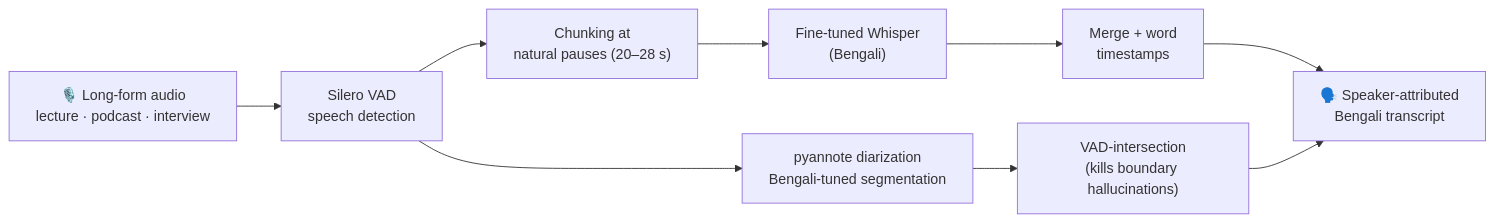
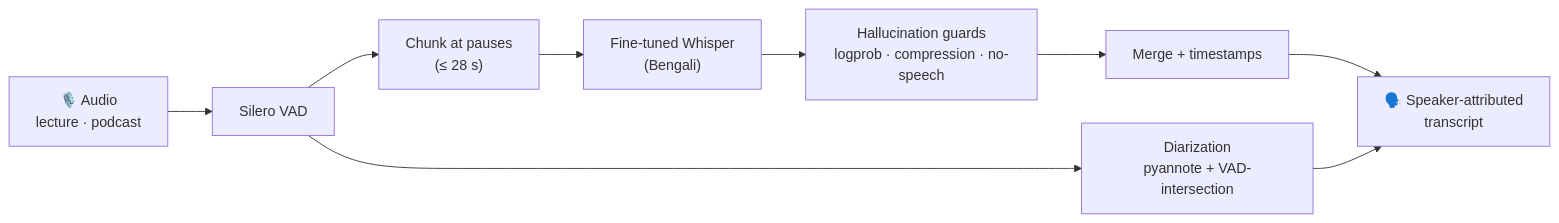
Before and after one commit to urmeo/shono: the first of 3 diagrams in README.md, drawn with Mermaid. The commit also changed other lines of this file and 18 other files, not shown here.

````diff
--- a/README.md
+++ b/README.md
@@ -14,11 +14,11 @@
 ```mermaid
 flowchart LR
-    A["🎙️ Long-form audio<br/>lecture · podcast · interview"] --> B["Silero VAD<br/>speech detection"]
-    B --> C["Chunking at<br/>natural pauses (20–28 s)"]
-    C --> D["Fine-tuned Whisper<br/>(Bengali)"]
-    D --> E["Merge + word<br/>timestamps"]
-    B --> F["pyannote diarization<br/>Bengali-tuned segmentation"]
-    F --> G["VAD-intersection<br/>(kills boundary hallucinations)"]
-    E --> H["🗣️ Speaker-attributed<br/>Bengali transcript"]
-    G --> H
+    A["🎙️ Audio<br/>lecture · podcast"] --> V["Silero VAD"]
+    V --> C["Chunk at pauses<br/>(≤ 28 s)"]
+    C --> W["Fine-tuned Whisper<br/>(Bengali)"]
+    W --> G["Hallucination guards<br/>logprob · compression · no-speech"]
+    G --> M["Merge + timestamps"]
+    V --> D["Diarization<br/>pyannote + VAD-intersection"]
+    M --> O["🗣️ Speaker-attributed<br/>transcript"]
+    D --> O
 ```
````
